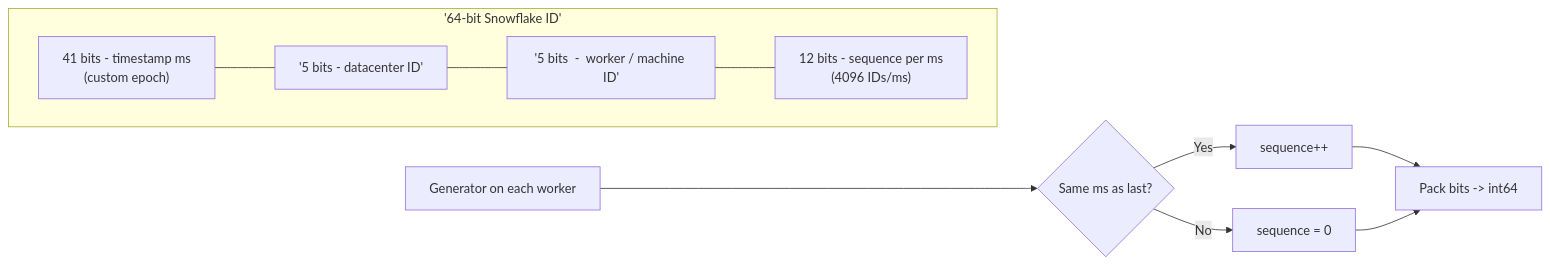
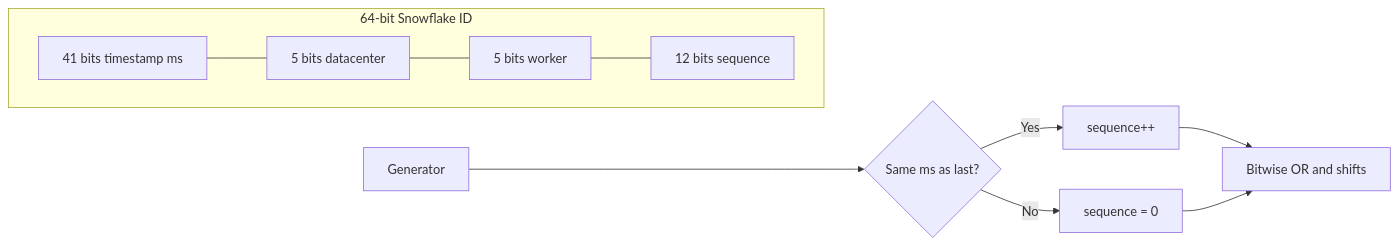
Before and after one commit to hareramcse/SystemDesign: diagram 17 of 19 in 13-advanced-topics/README.md, drawn with Mermaid. The commit also changed other lines of this file, not shown here.

````diff
--- a/13-advanced-topics/README.md
+++ b/13-advanced-topics/README.md
@@ -493,16 +2233,16 @@
 ```mermaid
 flowchart LR
-    subgraph Snowflake['64-bit Snowflake ID']
+    subgraph Snowflake[64-bit Snowflake ID]
         direction LR
-        T["41 bits  -  timestamp ms\n(custom epoch)"]
-        DC['5 bits  -  datacenter ID']
-        W['5 bits  -  worker / machine ID']
-        S["12 bits  -  sequence per ms\n(4096 IDs/ms)"]
+        T[41 bits timestamp ms]
+        DC[5 bits datacenter]
+        W[5 bits worker]
+        S[12 bits sequence]
         T --- DC --- W --- S
     end
-    Gen[Generator on each worker] --> Clock{Same ms as last?}
+    Gen[Generator] --> Clock{Same ms as last?}
     Clock -->|Yes| Inc[sequence++]
     Clock -->|No| Reset[sequence = 0]
-    Inc --> Pack[Pack bits -> int64]
+    Inc --> Pack[Bitwise OR and shifts]
     Reset --> Pack
 ```
````
